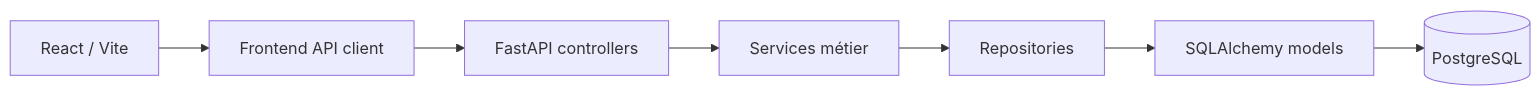
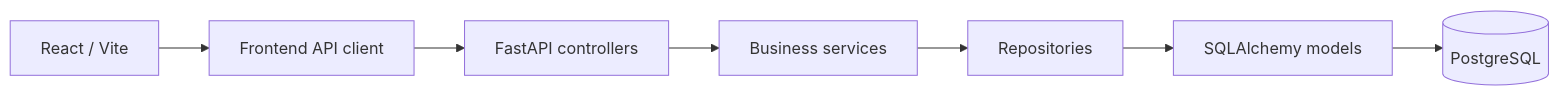
The diagram in README.md (GloogTheDude/skill_management_api), drawn with Mermaid before and after one commit. The commit also changed other lines of this file and 1 other file, not shown here.

````diff
--- a/README.md
+++ b/README.md
@@ -30,9 +27,9 @@
 ```mermaid
 flowchart LR
     UI[React / Vite] --> Client[Frontend API client]
     Client --> C[FastAPI controllers]
-    C --> S[Services métier]
+    C --> S[Business services]
     S --> R[Repositories]
     R --> M[SQLAlchemy models]
     M --> DB[(PostgreSQL)]
 ```
````
